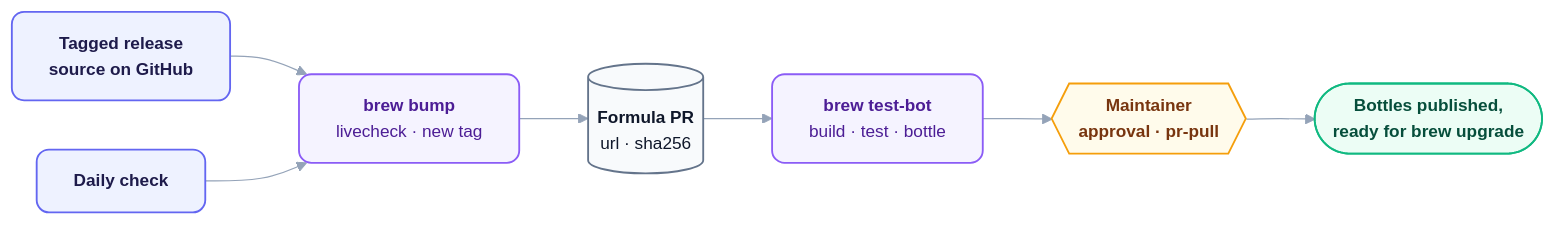
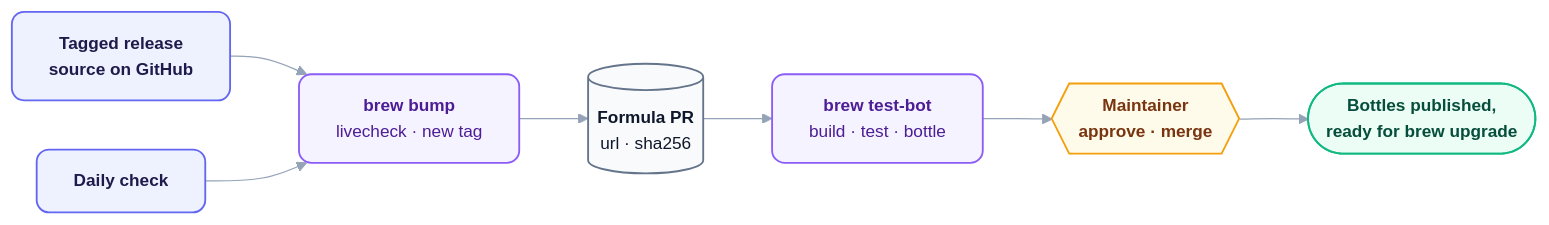
The diagram in README.md (orin-dx/homebrew-tap), drawn with Mermaid before and after one commit. The commit also changed other lines of this file and 4 other files, not shown here.

````diff
--- a/README.md
+++ b/README.md
@@ -69,22 +69,22 @@
 ```mermaid
 %%{init: {'theme': 'base', 'flowchart': {'curve': 'basis', 'nodeSpacing': 40, 'rankSpacing': 56}, 'themeVariables': {'fontFamily': 'Inter, ui-sans-serif, system-ui, sans-serif', 'fontSize': '14px', 'lineColor': '#94a3b8', 'edgeLabelBackground': '#ffffff'}}}%%
 flowchart LR
     classDef source fill:#eef2ff,stroke:#6366f1,stroke-width:1.5px,color:#1e1b4b,rx:10px,ry:10px,font-weight:600;
     classDef store fill:#f8fafc,stroke:#64748b,stroke-width:1.5px,color:#0f172a,rx:10px,ry:10px;
     classDef engine fill:#f5f3ff,stroke:#8b5cf6,stroke-width:1.5px,color:#4c1d95,rx:10px,ry:10px;
     classDef router fill:#fffbeb,stroke:#f59e0b,stroke-width:1.5px,color:#78350f,rx:10px,ry:10px,font-weight:600;
     classDef output fill:#ecfdf5,stroke:#10b981,stroke-width:1.5px,color:#064e3b,rx:10px,ry:10px,font-weight:600;
 
     release["<b>Tagged release</b><br/>source on GitHub"] --> bump["<b>brew bump</b><br/>livecheck · new tag"]
     signal["Daily check"] --> bump
     bump --> pr[("<b>Formula PR</b><br/>url · sha256")]
     pr --> ci["<b>brew test-bot</b><br/>build · test · bottle"]
-    ci --> review{{"<b>Maintainer</b><br/>approval · pr-pull"}}
+    ci --> review{{"<b>Maintainer</b><br/>approve · merge"}}
     review --> upgrade(["Bottles published,<br/>ready for brew upgrade"])
 
     class release,signal source
     class pr store
     class bump,ci engine
     class review router
     class upgrade output
 ```
````
